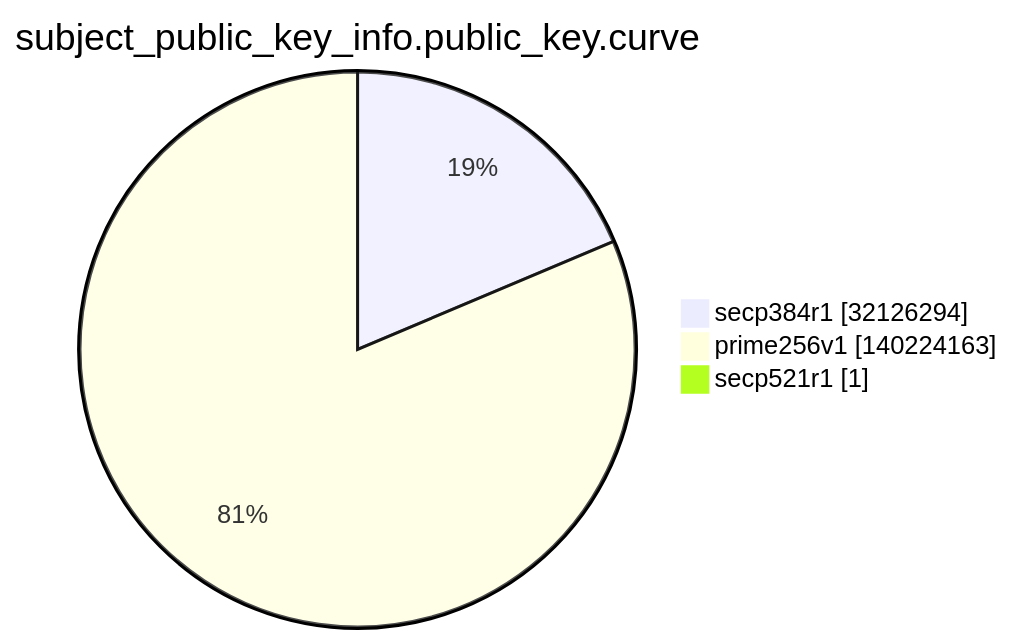
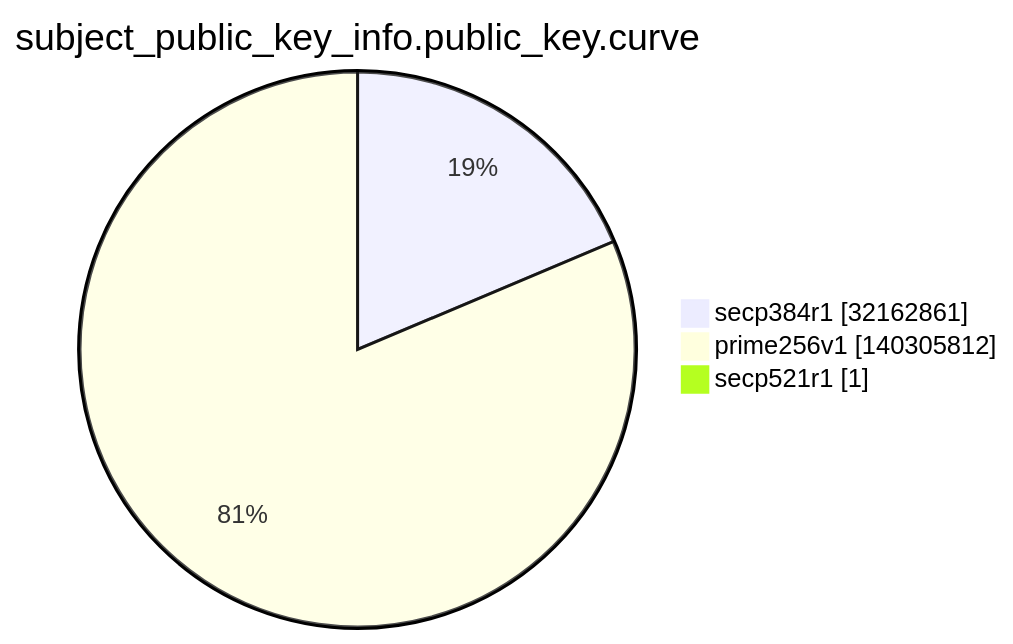
One commit to christiankrug/ctmonitor_visualization changed the ninth of 15 diagrams in argon2022/README.md. Above: the diagram before and after it, drawn with Mermaid. The commit also changed other lines of this file, not shown here.

````diff
--- a/argon2022/README.md
+++ b/argon2022/README.md
@@ -2762,7 +2762,7 @@
 ```mermaid
 pie showData
 title subject_public_key_info.public_key.curve
-"secp384r1" :32126294
-"prime256v1" :140224163
+"secp384r1" :32162861
+"prime256v1" :140305812
 "secp521r1" :1
 ```
````
